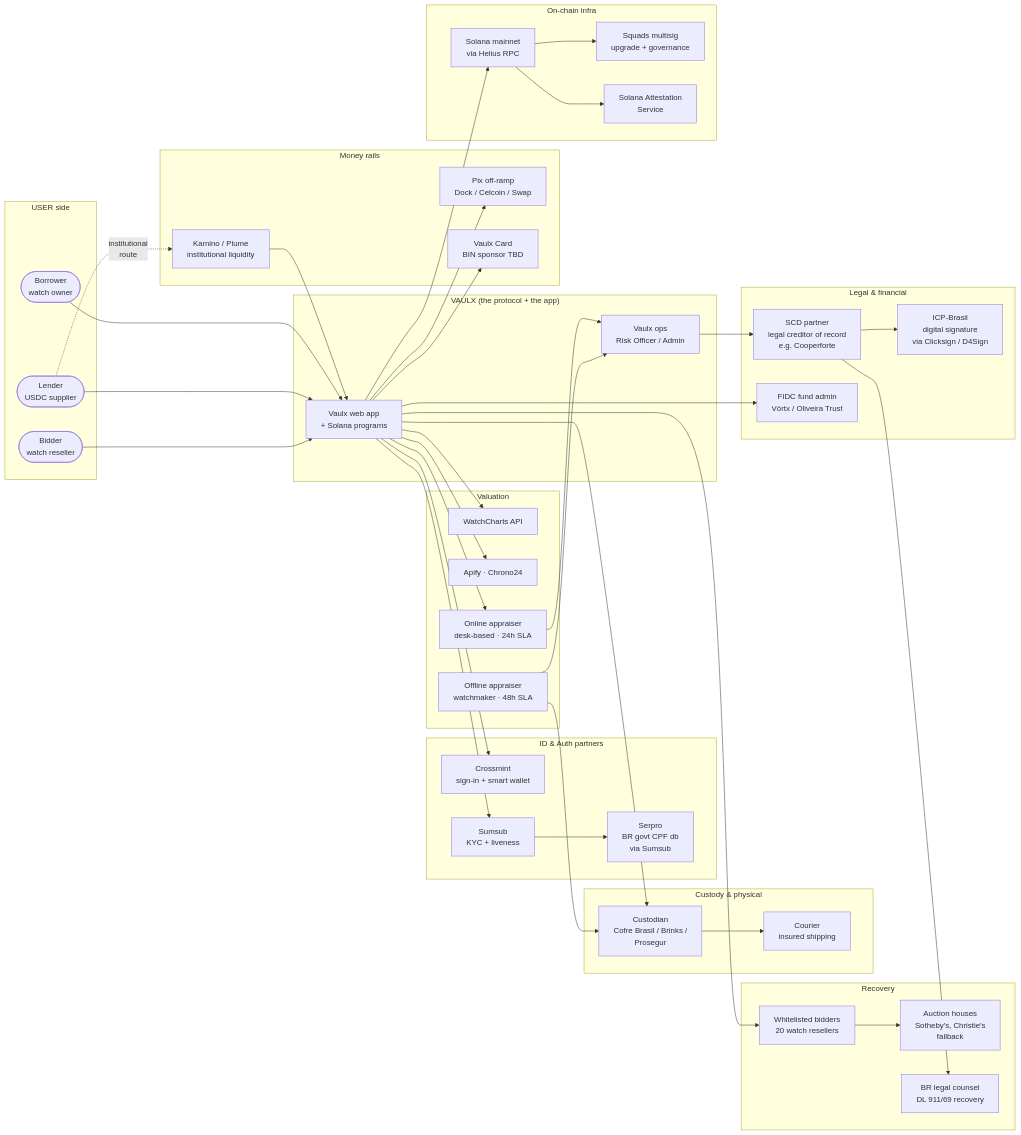
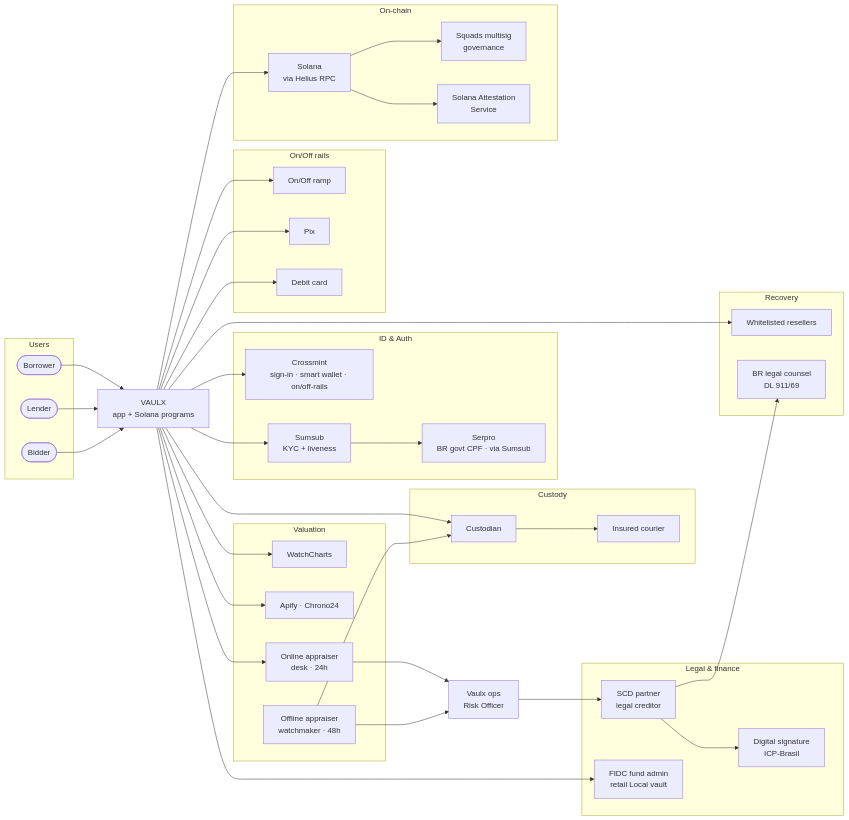
One commit to Vaulxfi/vaulx-protocol changed the first of 4 diagrams in docs/architecture/2026-04-29-vaulx-business-flow-and-partners.md. Above: the diagram before and after it, drawn with Mermaid. The commit also changed other lines of this file, not shown here.

First line of the commit message:
docs(business-flow): simplify + remove made-up partner names

````diff
--- a/docs/architecture/2026-04-29-vaulx-business-flow-and-partners.md
+++ b/docs/architecture/2026-04-29-vaulx-business-flow-and-partners.md
@@ -12,56 +10,53 @@
 ```mermaid
 flowchart LR
-    subgraph "USER side"
-        BORROWER([Borrower<br/>watch owner])
-        LENDER([Lender<br/>USDC supplier])
-        BIDDER([Bidder<br/>watch reseller])
+    subgraph "Users"
+        BORROWER([Borrower])
+        LENDER([Lender])
+        BIDDER([Bidder])
     end
 
-    subgraph "VAULX (the protocol + the app)"
-        APP[Vaulx web app<br/>+ Solana programs]
-        OPS[Vaulx ops<br/>Risk Officer / Admin]
-    end
+    APP[VAULX<br/>app + Solana programs]
+    OPS[Vaulx ops<br/>Risk Officer]
 
-    subgraph "ID & Auth partners"
-        CRO[Crossmint<br/>sign-in + smart wallet]
+    subgraph "ID & Auth"
+        CRO[Crossmint<br/>sign-in · smart wallet · on/off-rails]
         SUM[Sumsub<br/>KYC + liveness]
-        SER[Serpro<br/>BR govt CPF db<br/>via Sumsub]
+        SER[Serpro<br/>BR govt CPF · via Sumsub]
     end
 
     subgraph "Valuation"
-        WC[WatchCharts API]
+        WC[WatchCharts]
         AP[Apify · Chrono24]
-        OAPP[Online appraiser<br/>desk-based · 24h SLA]
-        OFFAP[Offline appraiser<br/>watchmaker · 48h SLA]
+        OAPP[Online appraiser<br/>desk · 24h]
+        OFFAP[Offline appraiser<br/>watchmaker · 48h]
     end
 
-    subgraph "Custody & physical"
-        CUS[Custodian<br/>Cofre Brasil / Brinks /<br/>Prosegur]
-        SHIP[Courier<br/>insured shipping]
+    subgraph "Custody"
+        CUS[Custodian]
+        SHIP[Insured courier]
     end
 
-    subgraph "Legal & financial"
-        SCD[SCD partner<br/>legal creditor of record<br/>e.g. Cooperforte]
-        ICP[ICP-Brasil<br/>digital signature<br/>via Clicksign / D4Sign]
-        FIDC[FIDC fund admin<br/>Vórtx / Oliveira Trust]
+    subgraph "Legal & finance"
+        SCD[SCD partner<br/>legal creditor]
+        ICP[Digital signature<br/>ICP-Brasil]
+        FIDC[FIDC fund admin<br/>retail Local vault]
     end
 
-    subgraph "Money rails"
-        PIX[Pix off-ramp<br/>Dock / Celcoin / Swap]
-        CARD[Vaulx Card<br/>BIN sponsor TBD]
-        KAM[Kamino / Plume<br/>institutional liquidity]
+    subgraph "On/Off rails"
+        RAMP[On/Off ramp]
+        PIX[Pix]
+        DEBIT[Debit card]
     end
 
-    subgraph "On-chain infra"
-        SOL[Solana mainnet<br/>via Helius RPC]
-        SQ[Squads multisig<br/>upgrade + governance]
+    subgraph "On-chain"
+        SOL[Solana<br/>via Helius RPC]
+        SQ[Squads multisig<br/>governance]
         SAS[Solana Attestation<br/>Service]
     end
 
     subgraph "Recovery"
-        AUC[Whitelisted bidders<br/>20 watch resellers]
-        SOTHE[Auction houses<br/>Sotheby's, Christie's<br/>fallback]
-        LEGAL[BR legal counsel<br/>DL 911/69 recovery]
+        BIDDERS[Whitelisted resellers]
+        LEGAL[BR legal counsel<br/>DL 911/69]
     end
 
     BORROWER --> APP
@@ -81,14 +76,12 @@
     OPS --> SCD
     SCD --> ICP
     APP --> FIDC
+    APP --> RAMP
     APP --> PIX
-    APP --> CARD
-    LENDER -.->|institutional<br/>route| KAM
-    KAM --> APP
+    APP --> DEBIT
     APP --> SOL
     SOL --> SAS
     SOL --> SQ
-    APP --> AUC
-    AUC --> SOTHE
+    APP --> BIDDERS
     SCD --> LEGAL
 ```
````
